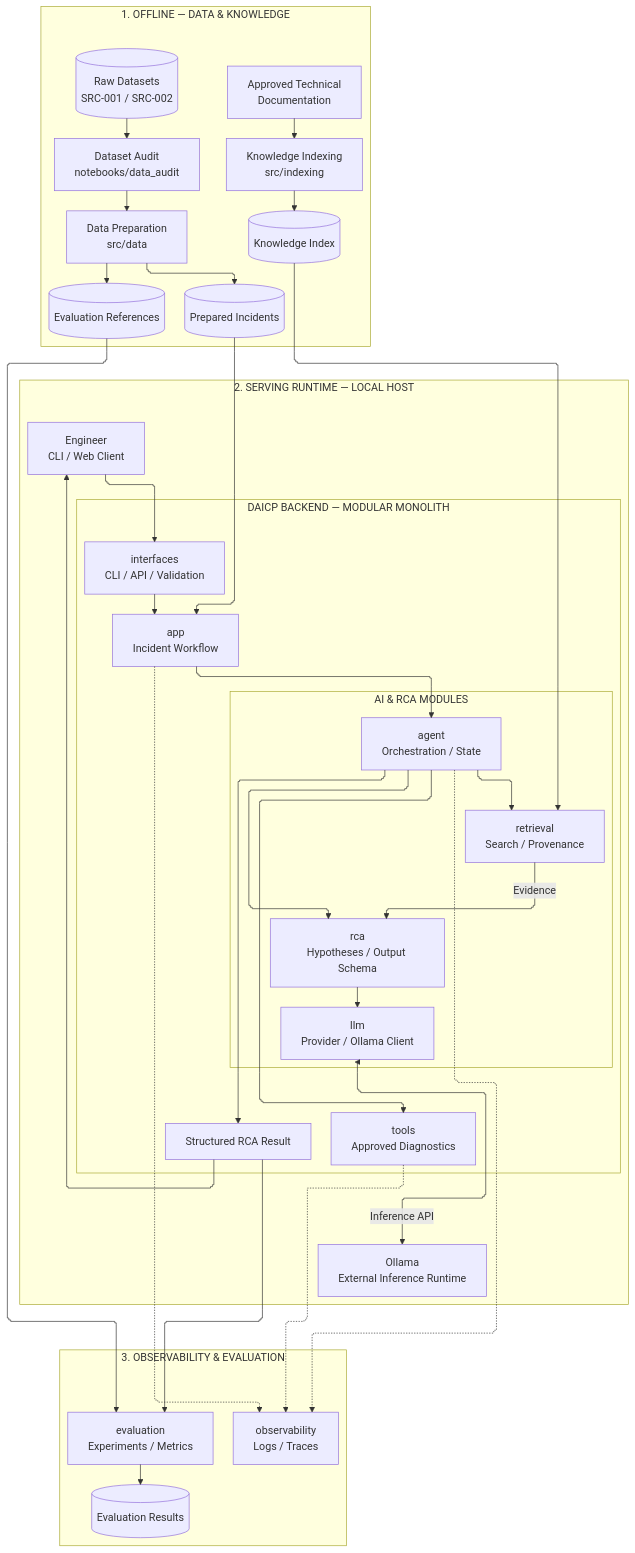
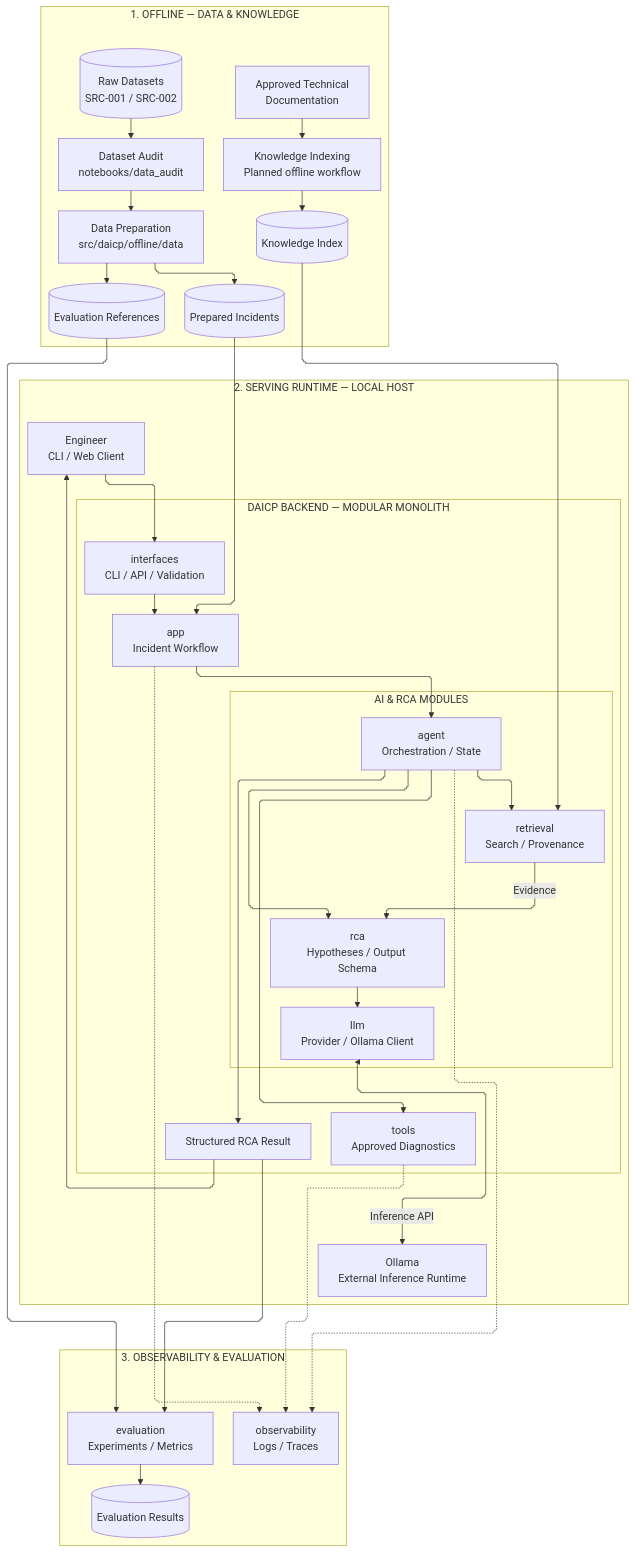
Before and after one commit to egarlo31/distributed-agentic-ai-platform: the first of 2 diagrams in docs/architecture/01_architecture_overview.md, drawn with Mermaid. The commit also changed 19 other files, not shown here.

Commit message:
refactor: reorganize DAICP modules and update data audit notebooks

````diff
--- a/docs/architecture/01_architecture_overview.md
+++ b/docs/architecture/01_architecture_overview.md
@@ -48,81 +48,81 @@
 ```mermaid
 %%{init: {"flowchart": {"defaultRenderer": "elk", "curve": "stepAfter"}}}%%
 flowchart TB
     subgraph OFFLINE["1. OFFLINE — DATA & KNOWLEDGE"]
         direction LR
 
         RAW[("Raw Datasets<br/>SRC-001 / SRC-002")]
         AUDIT["Dataset Audit<br/>notebooks/data_audit"]
-        PREP["Data Preparation<br/>src/data"]
+        PREP["Data Preparation<br/>src/daicp/offline/data"]
         INCIDENTS[("Prepared Incidents")]
         LABELS[("Evaluation References")]
 
         DOCS["Approved Technical<br/>Documentation"]
-        INDEX["Knowledge Indexing<br/>src/indexing"]
+        INDEX["Knowledge Indexing<br/>Planned offline workflow"]
         KB[("Knowledge Index")]
 
         RAW --> AUDIT --> PREP
         PREP --> INCIDENTS
         PREP --> LABELS
 
         DOCS --> INDEX --> KB
     end
 
     subgraph RUNTIME["2. SERVING RUNTIME — LOCAL HOST"]
         direction TB
 
         CLIENT["Engineer<br/>CLI / Web Client"]
 
         subgraph BACKEND["DAICP BACKEND — MODULAR MONOLITH"]
             direction TB
 
             API["interfaces<br/>CLI / API / Validation"]
             APP["app<br/>Incident Workflow"]
 
             subgraph CORE["AI & RCA MODULES"]
                 direction LR
                 AGENT["agent<br/>Orchestration / State"]
                 RET["retrieval<br/>Search / Provenance"]
                 RCA["rca<br/>Hypotheses / Output Schema"]
                 LLM["llm<br/>Provider / Ollama Client"]
             end
 
             TOOLS["tools<br/>Approved Diagnostics"]
             OUTPUT["Structured RCA Result"]
 
             API --> APP --> AGENT
             AGENT --> RET
             AGENT --> RCA
             AGENT --> TOOLS
             RET -->|"Evidence"| RCA
             RCA --> LLM
             AGENT --> OUTPUT
         end
 
         OLLAMA["Ollama<br/>External Inference Runtime"]
 
         CLIENT --> API
         OUTPUT --> CLIENT
         LLM <-->|"Inference API"| OLLAMA
     end
 
     subgraph QUALITY["3. OBSERVABILITY & EVALUATION"]
         direction LR
 
         OBS["observability<br/>Logs / Traces"]
         EVAL["evaluation<br/>Experiments / Metrics"]
         RESULTS[("Evaluation Results")]
 
         EVAL --> RESULTS
     end
 
     INCIDENTS --> APP
     KB --> RET
 
     APP -.-> OBS
     AGENT -.-> OBS
     TOOLS -.-> OBS
 
     OUTPUT --> EVAL
     LABELS --> EVAL
 ```
````
